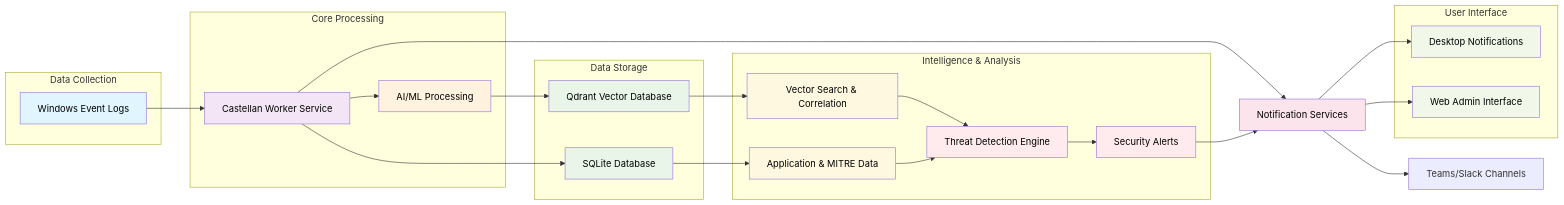
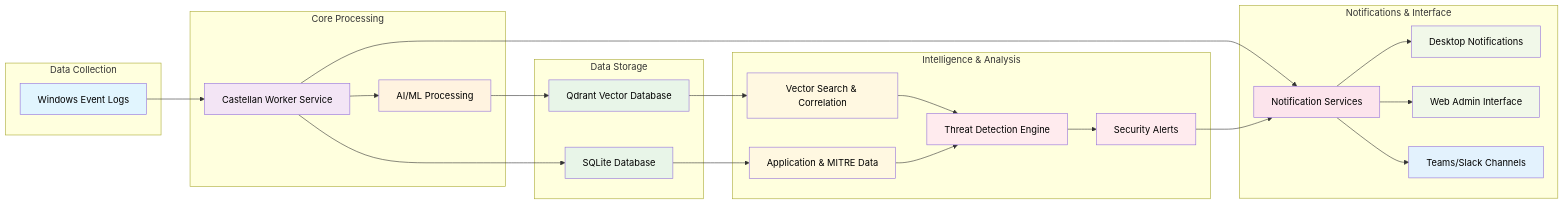
Before and after one commit to MLidstrom/Castellan: the diagram in README.md, drawn with Mermaid. The commit also changed other lines of this file and 5 other files, not shown here.

````diff
--- a/README.md
+++ b/README.md
@@ -86,56 +87,59 @@
 ```mermaid
 flowchart LR
     A[Windows Event Logs] --> B[Castellan Worker Service]
     B --> C[AI/ML Processing]
     C --> D[Qdrant Vector Database]
     B --> K[SQLite Database]
     B --> E[Notification Services]
     E --> F[Desktop Notifications]
     E --> G[Web Admin Interface]
     E --> M[Teams/Slack Channels]
     D --> H[Vector Search & Correlation]
     K --> L[Application & MITRE Data]
     H --> I[Threat Detection Engine]
     I --> J[Security Alerts]
     J --> E
     L --> I
     
     subgraph "Data Collection"
         A
     end
     
     subgraph "Core Processing"
         B
         C
     end
     
     subgraph "Data Storage"
         D
         K
     end
     
     subgraph "Intelligence & Analysis"
         H
         L
         I
         J
     end
     
-    subgraph "User Interface"
+    subgraph "Notifications & Interface"
         F
         G
+        M
+        E
     end
     
     style A fill:#e1f5fe,color:#000
     style B fill:#f3e5f5,color:#000
     style C fill:#fff3e0,color:#000
     style D fill:#e8f5e8,color:#000
     style K fill:#e8f5e8,color:#000
     style E fill:#fce4ec,color:#000
     style F fill:#f1f8e9,color:#000
     style G fill:#f1f8e9,color:#000
     style H fill:#fff8e1,color:#000
     style L fill:#fff8e1,color:#000
     style I fill:#ffebee,color:#000
     style J fill:#ffebee,color:#000
+    style M fill:#e3f2fd,color:#000
 ```
````
